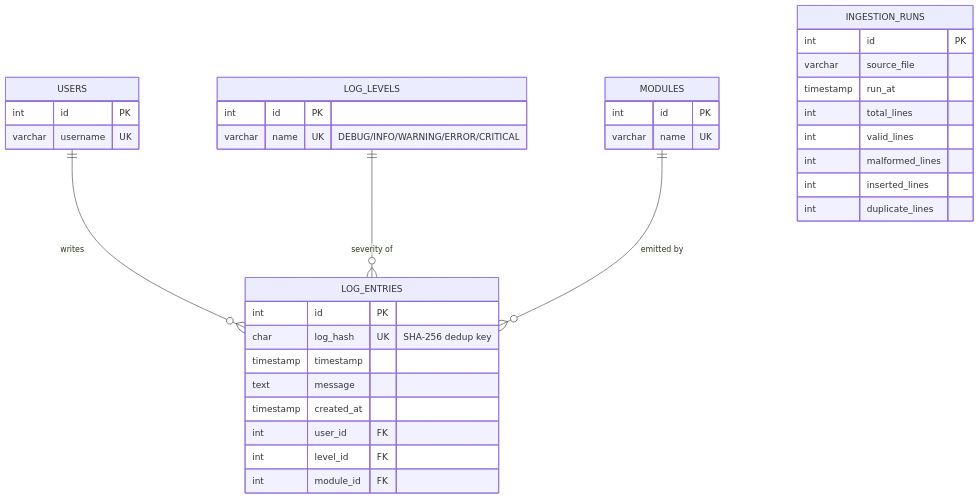
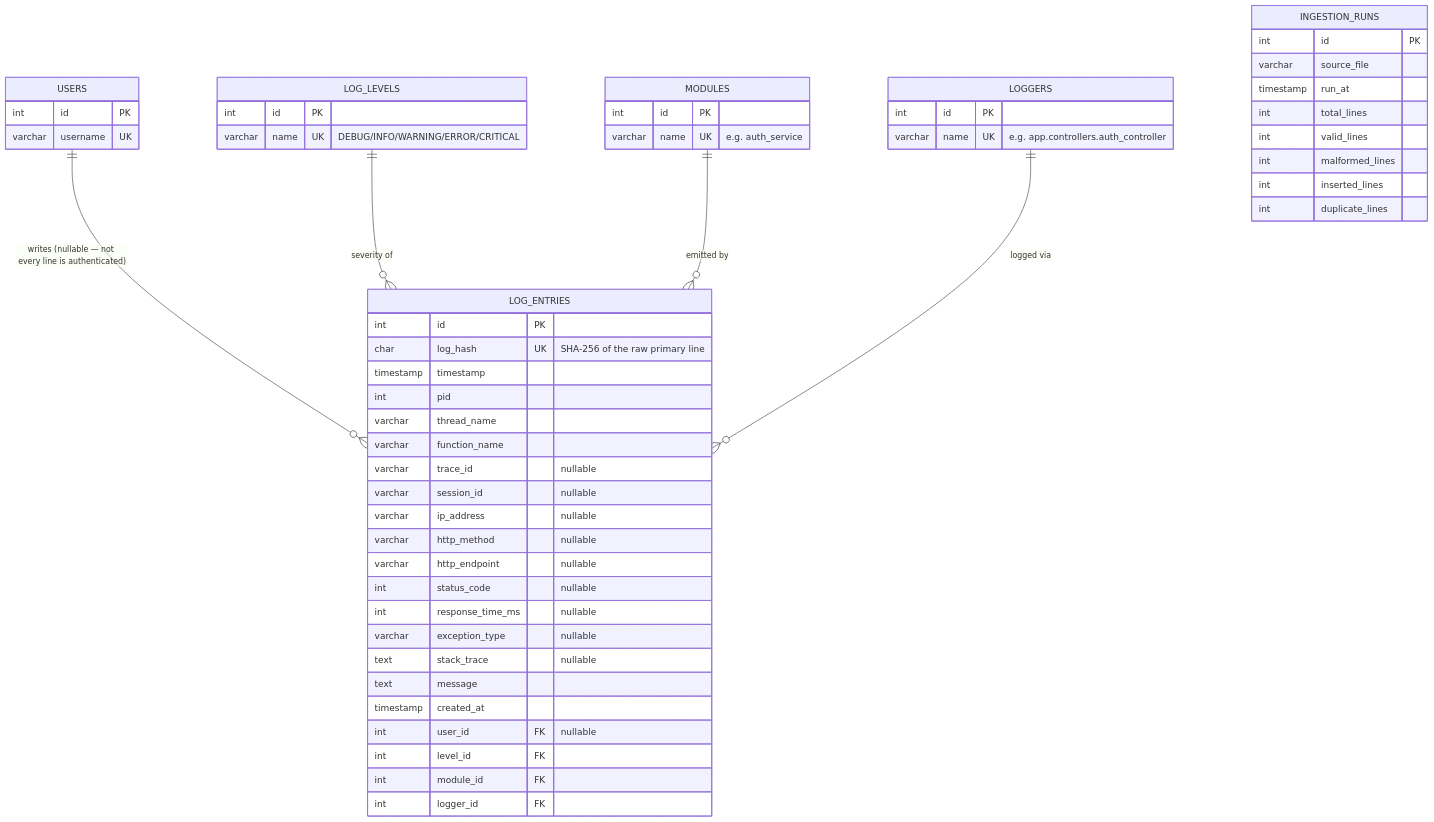
The diagram in docs/database_schema.md (petersamuel07/LogSX-log_files_analyzer), drawn with Mermaid before and after one commit. The commit also changed other lines of this file and 25 other files, not shown here.

````diff
--- a/docs/database_schema.md
+++ b/docs/database_schema.md
@@ -11,39 +15,57 @@
 ```mermaid
 erDiagram
-    USERS ||--o{ LOG_ENTRIES : "writes"
+    USERS ||--o{ LOG_ENTRIES : "writes (nullable — not every line is authenticated)"
     LOG_LEVELS ||--o{ LOG_ENTRIES : "severity of"
     MODULES ||--o{ LOG_ENTRIES : "emitted by"
+    LOGGERS ||--o{ LOG_ENTRIES : "logged via"
 
     USERS {
         int id PK
         varchar username UK
     }
     LOG_LEVELS {
         int id PK
         varchar name UK "DEBUG/INFO/WARNING/ERROR/CRITICAL"
     }
     MODULES {
         int id PK
-        varchar name UK
+        varchar name UK "e.g. auth_service"
+    }
+    LOGGERS {
+        int id PK
+        varchar name UK "e.g. app.controllers.auth_controller"
     }
     LOG_ENTRIES {
         int id PK
-        char log_hash UK "SHA-256 dedup key"
+        char log_hash UK "SHA-256 of the raw primary line"
         timestamp timestamp
+        int pid
+        varchar thread_name
+        varchar function_name
+        varchar trace_id "nullable"
+        varchar session_id "nullable"
+        varchar ip_address "nullable"
+        varchar http_method "nullable"
+        varchar http_endpoint "nullable"
+        int status_code "nullable"
+        int response_time_ms "nullable"
+        varchar exception_type "nullable"
+        text stack_trace "nullable"
         text message
         timestamp created_at
-        int user_id FK
+        int user_id FK "nullable"
         int level_id FK
         int module_id FK
+        int logger_id FK
     }
     INGESTION_RUNS {
         int id PK
         varchar source_file
         timestamp run_at
         int total_lines
         int valid_lines
         int malformed_lines
         int inserted_lines
         int duplicate_lines
     }
 ```
````
